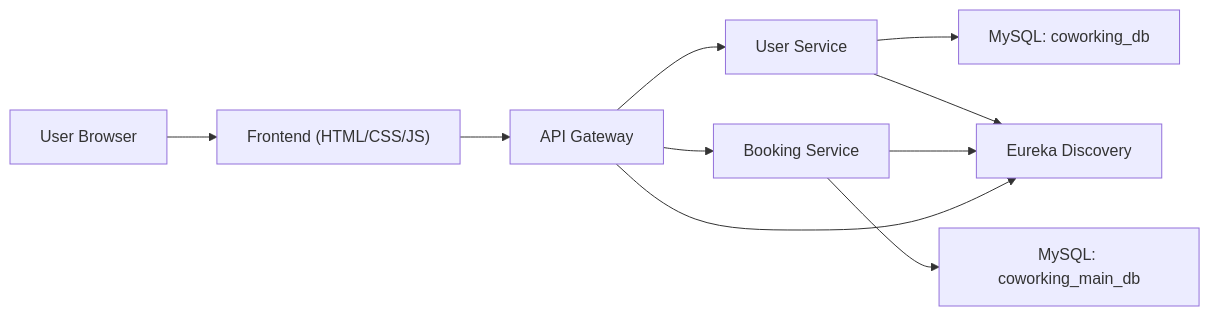
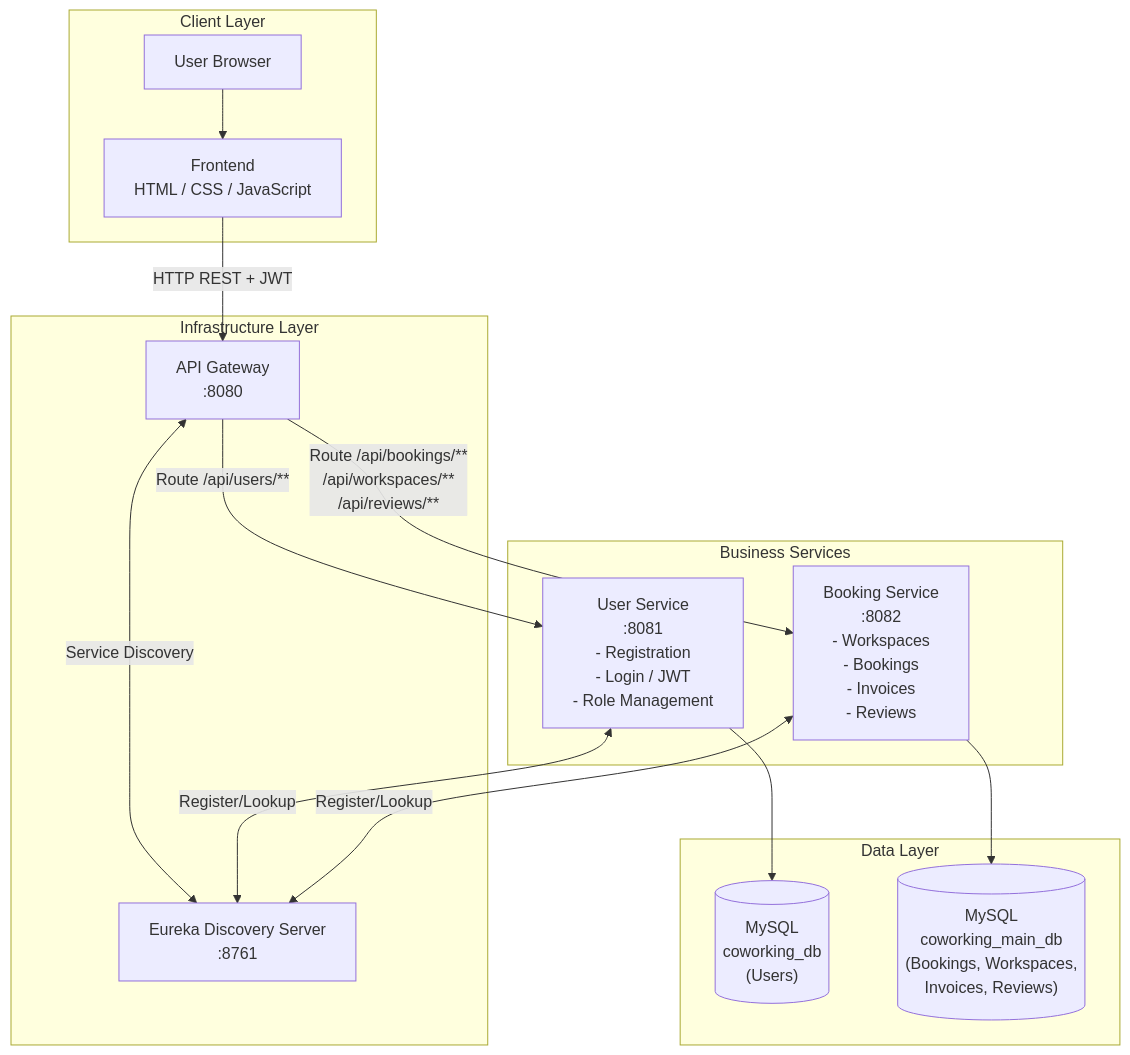
Before and after one commit to Stain04/Cowork-hub: the first of 9 diagrams in SRS.md, drawn with Mermaid. The commit also changed other lines of this file, not shown here.

````diff
--- a/SRS.md
+++ b/SRS.md
@@ -342,12 +344,32 @@
 ```mermaid
-flowchart LR
-    U["User Browser"] --> F["Frontend (HTML/CSS/JS)"]
-    F --> G["API Gateway"]
-    G --> US["User Service"]
-    G --> BS["Booking Service"]
-    US --> DB1["MySQL: coworking_db"]
-    BS --> DB2["MySQL: coworking_main_db"]
-    US --> E["Eureka Discovery"]
-    BS --> E
-    G --> E
+flowchart TB
+    subgraph CLIENT["Client Layer"]
+        B["User Browser"]
+        F["Frontend\nHTML / CSS / JavaScript"]
+    end
+
+    subgraph INFRA["Infrastructure Layer"]
+        E["Eureka Discovery Server\n:8761"]
+        G["API Gateway\n:8080"]
+    end
+
+    subgraph SERVICES["Business Services"]
+        US["User Service\n:8081\n- Registration\n- Login / JWT\n- Role Management"]
+        BS["Booking Service\n:8082\n- Workspaces\n- Bookings\n- Invoices\n- Reviews"]
+    end
+
+    subgraph DB["Data Layer"]
+        DB1[("MySQL\ncoworking_db\n(Users)")]
+        DB2[("MySQL\ncoworking_main_db\n(Bookings, Workspaces,\nInvoices, Reviews)")]
+    end
+
+    B --> F
+    F -->|"HTTP REST + JWT"| G
+    G -->|"Route /api/users/**"| US
+    G -->|"Route /api/bookings/**\n/api/workspaces/**\n/api/reviews/**"| BS
+    G <-->|"Service Discovery"| E
+    US <-->|"Register/Lookup"| E
+    BS <-->|"Register/Lookup"| E
+    US --> DB1
+    BS --> DB2
 ```
````
